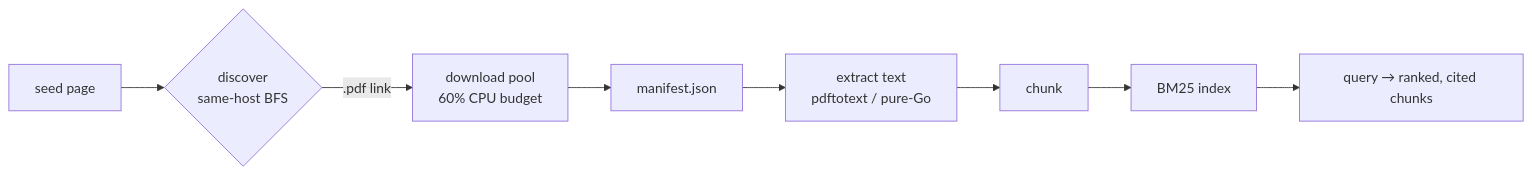
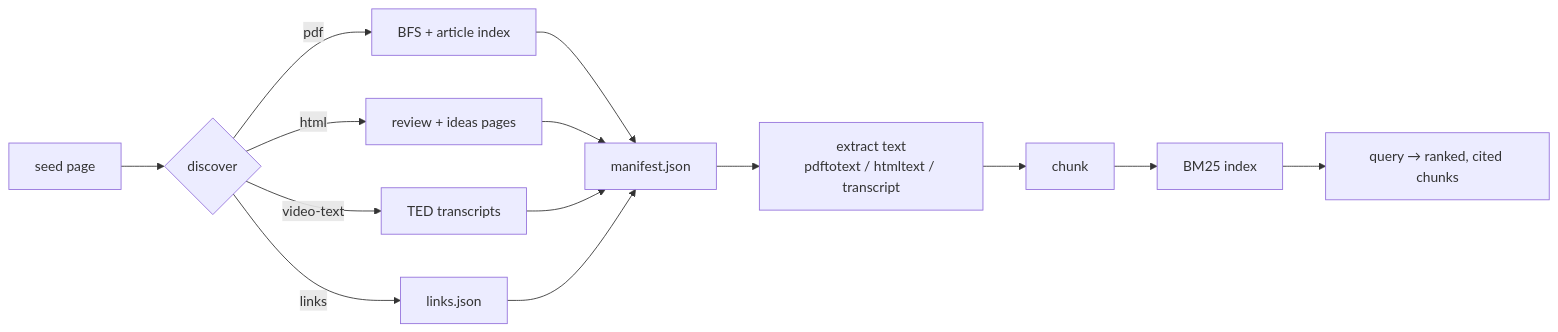
One commit to DeanT-04/oxford-strat-RAG changed the diagram in README.md. Above: the diagram before and after it, drawn with Mermaid. The commit also changed other lines of this file and 2 other files, not shown here.

````diff
--- a/README.md
+++ b/README.md
@@ -87,10 +105,14 @@
 ```mermaid
 flowchart LR
-    A[seed page] --> B{discover<br/>same-host BFS}
-    B -->|.pdf link| C[download pool<br/>60% CPU budget]
-    C --> D[manifest.json]
-    D --> E[extract text<br/>pdftotext / pure-Go]
-    E --> F[chunk]
-    F --> G[BM25 index]
-    G --> H[query → ranked, cited chunks]
+    A[seed page] --> B{discover}
+    B -->|pdf| C[BFS + article index]
+    B -->|html| D[review + ideas pages]
+    B -->|links| E[links.json]
+    B -->|video-text| F[TED transcripts]
+    C & D & F --> G[manifest.json]
+    E --> G
+    G --> H[extract text<br/>pdftotext / htmltext / transcript]
+    H --> I[chunk]
+    I --> J[BM25 index]
+    J --> K[query → ranked, cited chunks]
 ```
````
